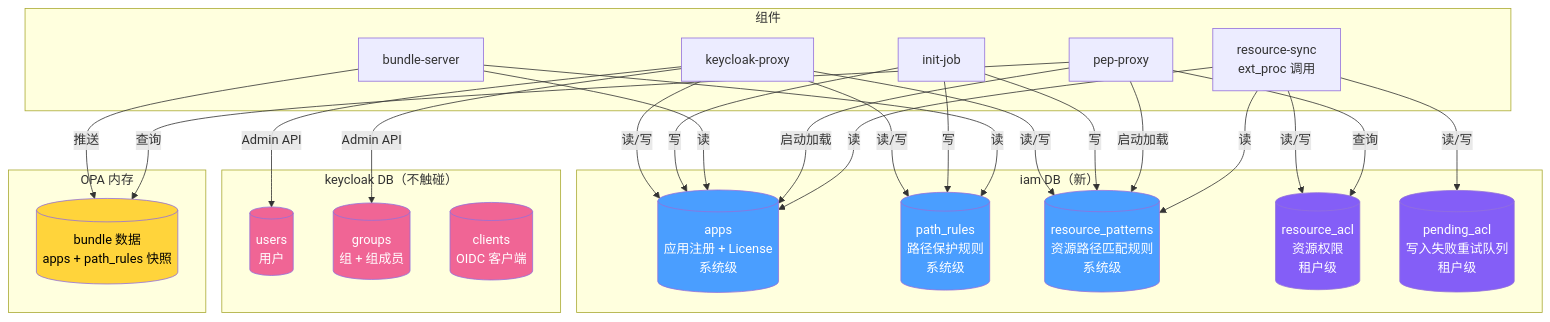
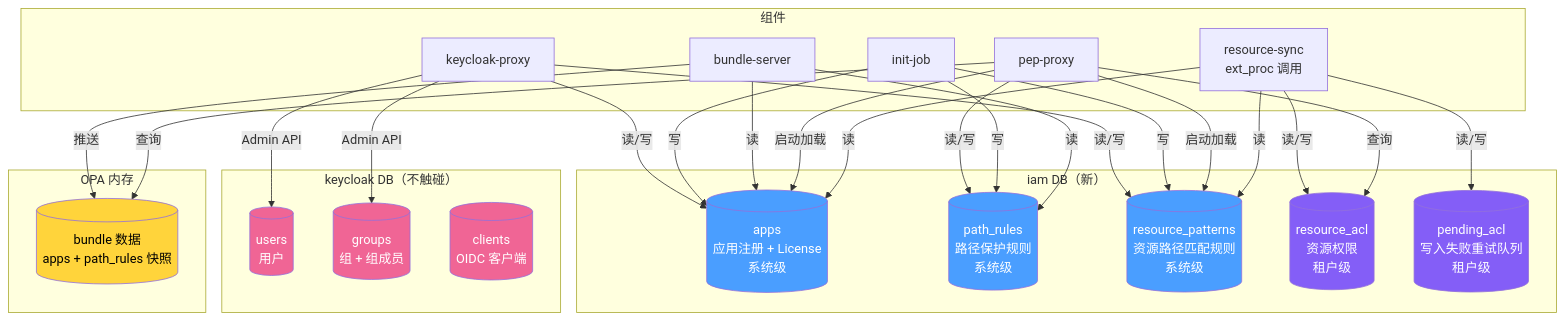
The first of 11 diagrams in diagrams/data-storage.md (xiewanchao/aidp-iam), drawn with Mermaid before and after one commit. The commit also changed other lines of this file and 43 other files, not shown here.

````diff
--- a/diagrams/data-storage.md
+++ b/diagrams/data-storage.md
@@ -27,61 +27,61 @@
 ```mermaid
 flowchart TB
     subgraph "iam DB（新）"
         APPS[(apps<br/>应用注册 + License<br/>系统级)]
         PR[(path_rules<br/>路径保护规则<br/>系统级)]
         RP[(resource_patterns<br/>资源路径匹配规则<br/>系统级)]
         ACL[(resource_acl<br/>资源权限<br/>租户级)]
         PENDING[(pending_acl<br/>写入失败重试队列<br/>租户级)]
     end
 
     subgraph "keycloak DB（不触碰）"
         USERS[(users<br/>用户)]
         GROUPS[(groups<br/>组 + 组成员)]
         CLIENTS[(clients<br/>OIDC 客户端)]
     end
 
     subgraph "OPA 内存"
         OPADATA[(bundle 数据<br/>apps + path_rules 快照)]
     end
 
     subgraph 组件
         KP[keycloak-proxy]
         BS[bundle-server]
         RS[resource-sync<br/>ext_proc 调用]
         PEP[pep-proxy]
         INIT[init-job]
     end
 
     %% 写入关系
     KP -->|读/写| APPS
-    KP -->|读/写| PR
+    PEP -->|读/写| PR
     KP -->|读/写| RP
     KP -->|Admin API| USERS
     KP -->|Admin API| GROUPS
     INIT -->|写| APPS
     INIT -->|写| PR
     INIT -->|写| RP
     RS -->|读/写| ACL
     RS -->|读/写| PENDING
 
     %% 读取关系
     BS -->|读| APPS
     BS -->|读| PR
     BS -->|推送| OPADATA
     PEP -->|查询| OPADATA
     PEP -->|查询| ACL
     PEP -->|启动加载| APPS
     PEP -->|启动加载| RP
     RS -->|读| APPS
     RS -->|读| RP
 
     style APPS fill:#4a9eff,color:#fff
     style PR fill:#4a9eff,color:#fff
     style RP fill:#4a9eff,color:#fff
     style ACL fill:#845ef7,color:#fff
     style PENDING fill:#845ef7,color:#fff
     style USERS fill:#f06595,color:#fff
     style GROUPS fill:#f06595,color:#fff
     style CLIENTS fill:#f06595,color:#fff
     style OPADATA fill:#ffd43b,color:#000
 ```
````
